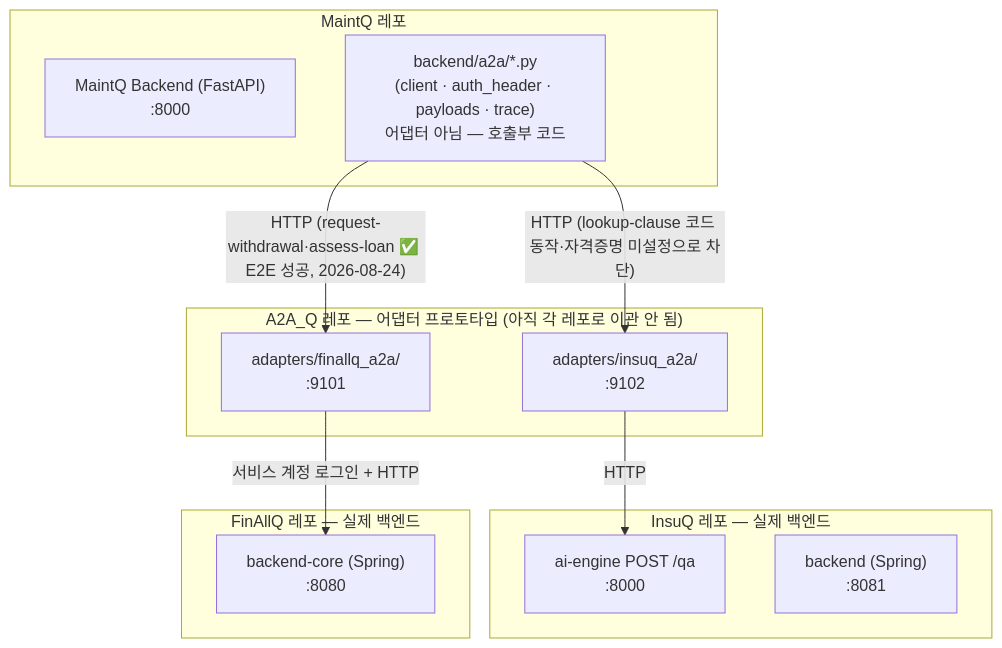
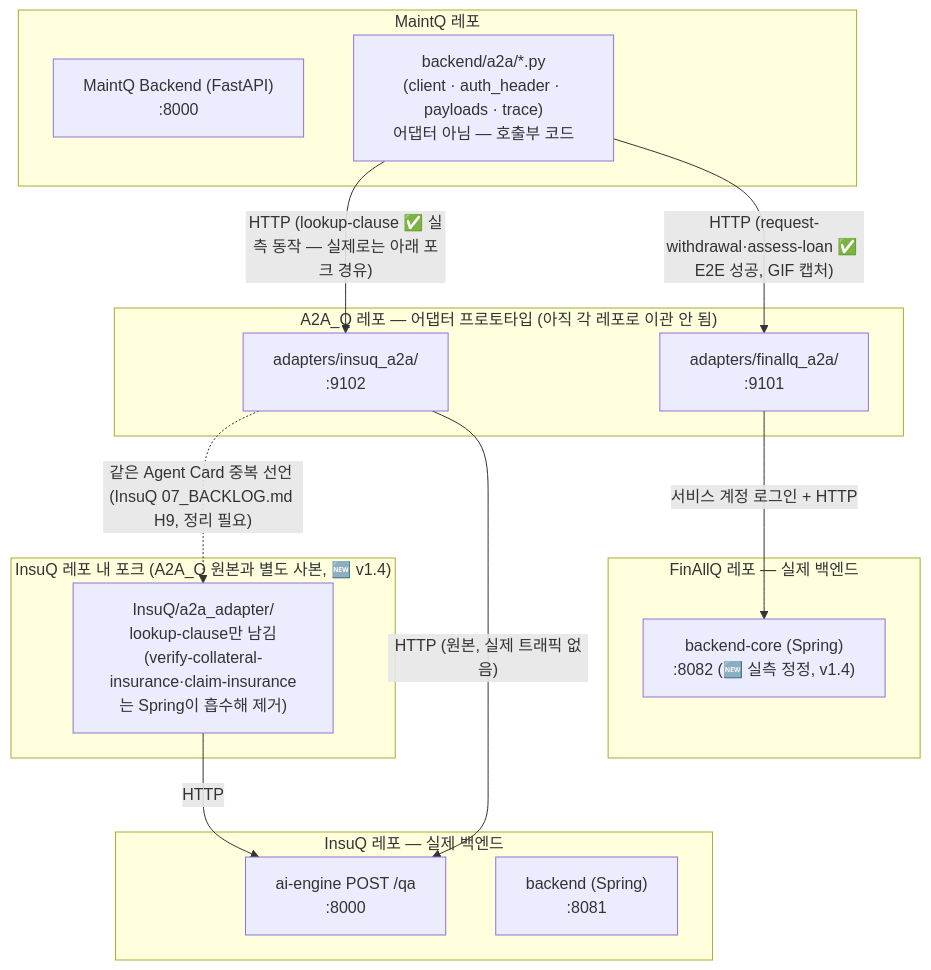
Before and after one commit to ttogle918/QMesh: the sixth of 8 diagrams in A2A_DIAGRAMS.md, drawn with Mermaid. The commit also changed other lines of this file, not shown here.

First line of the commit message:
docs: A2A_DIAGRAMS.md v1.4 갱신 — D119·D120·Sprint18·실측 GIF 반영 (A2A_Q 세션)

````diff
--- a/A2A_DIAGRAMS.md
+++ b/A2A_DIAGRAMS.md
@@ -182,26 +299,32 @@
 ```mermaid
 graph TD
     subgraph MAINTQ_REPO ["MaintQ 레포"]
         MQ_BACKEND["MaintQ Backend (FastAPI)<br>:8000"]
         MQ_A2A["backend/a2a/*.py<br>(client · auth_header · payloads · trace)<br>어댑터 아님 — 호출부 코드"]
     end
 
     subgraph A2A_Q_REPO ["A2A_Q 레포 — 어댑터 프로토타입 (아직 각 레포로 이관 안 됨)"]
         INSUQ_ADAPTER["adapters/insuq_a2a/<br>:9102"]
         FINALLQ_ADAPTER["adapters/finallq_a2a/<br>:9101"]
     end
 
     subgraph INSUQ_REPO ["InsuQ 레포 — 실제 백엔드"]
         INSUQ_AI["ai-engine POST /qa<br>:8000"]
         INSUQ_SPRING["backend (Spring)<br>:8081"]
     end
 
     subgraph FINALLQ_REPO ["FinAllQ 레포 — 실제 백엔드"]
-        FA_CORE["backend-core (Spring)<br>:8080"]
+        FA_CORE["backend-core (Spring)<br>:8082 (🆕 실측 정정, v1.4)"]
     end
 
-    MQ_A2A -- "HTTP (lookup-clause 코드 동작·자격증명 미설정으로 차단)" --> INSUQ_ADAPTER
-    MQ_A2A -- "HTTP (request-withdrawal·assess-loan ✅ E2E 성공, 2026-08-24)" --> FINALLQ_ADAPTER
-    INSUQ_ADAPTER -- "HTTP" --> INSUQ_AI
+    subgraph INSUQ_FORK ["InsuQ 레포 내 포크 (A2A_Q 원본과 별도 사본, 🆕 v1.4)"]
+        INSUQ_FORK_ADAPTER["InsuQ/a2a_adapter/<br>lookup-clause만 남김<br>(verify-collateral-insurance·claim-insurance는 Spring이 흡수해 제거)"]
+    end
+
+    MQ_A2A -- "HTTP (lookup-clause ✅ 실측 동작 — 실제로는 아래 포크 경유)" --> INSUQ_ADAPTER
+    INSUQ_ADAPTER -.->|"같은 Agent Card 중복 선언 (InsuQ 07_BACKLOG.md H9, 정리 필요)"| INSUQ_FORK_ADAPTER
+    INSUQ_FORK_ADAPTER -- "HTTP" --> INSUQ_AI
+    MQ_A2A -- "HTTP (request-withdrawal·assess-loan ✅ E2E 성공, GIF 캡처)" --> FINALLQ_ADAPTER
+    INSUQ_ADAPTER -- "HTTP (원본, 실제 트래픽 없음)" --> INSUQ_AI
     FINALLQ_ADAPTER -- "서비스 계정 로그인 + HTTP" --> FA_CORE
 ```
````
